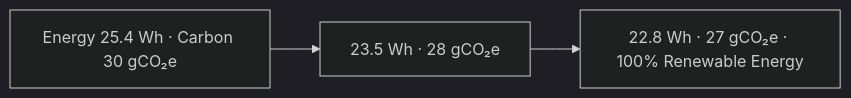
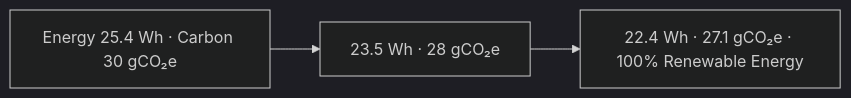
The third of 3 diagrams in data/work/tmp/climate/logs/README.md (bartytime4life/Kansas-Frontier-Matrix), drawn with Mermaid (dark theme) before and after one commit. The commit also changed other lines of this file, not shown here.

````diff
--- a/data/work/tmp/climate/logs/README.md
+++ b/data/work/tmp/climate/logs/README.md
@@ -164,5 +201,5 @@
 ```mermaid
 graph LR
 Q2_2025["Energy 25.4 Wh · Carbon 30 gCO₂e"] --> Q3_2025["23.5 Wh · 28 gCO₂e"]
-Q3_2025 --> Q4_2025["22.8 Wh · 27 gCO₂e · 100% Renewable Energy"]
+Q3_2025 --> Q4_2025["22.4 Wh · 27.1 gCO₂e · 100% Renewable Energy"]
 ```
````
